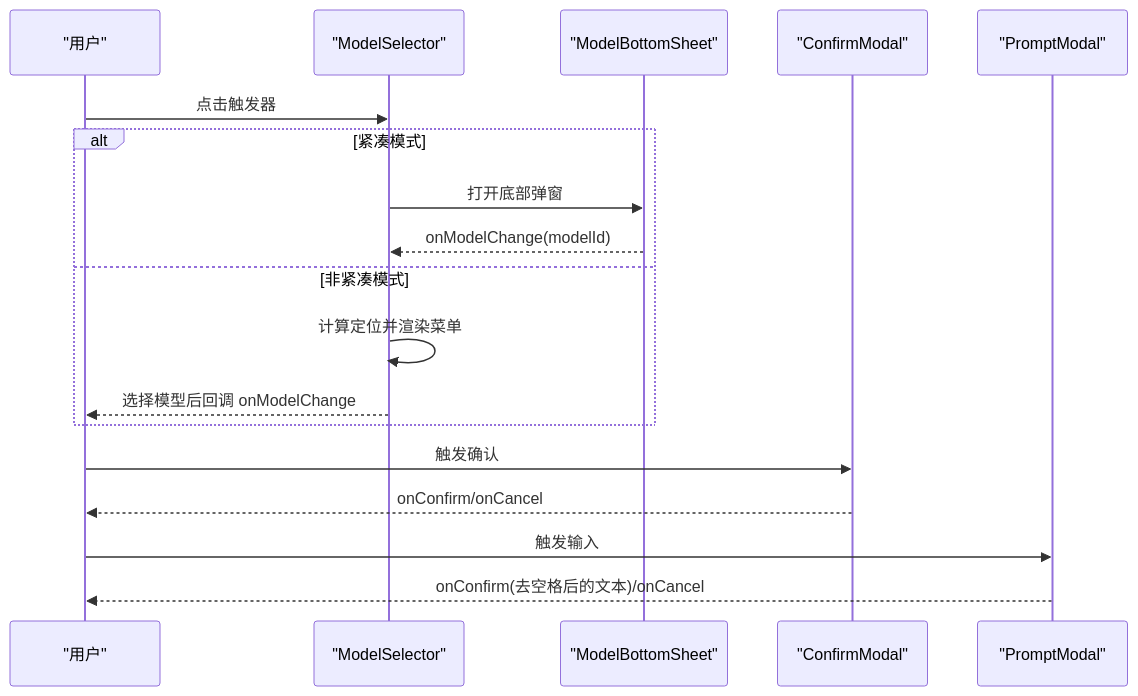
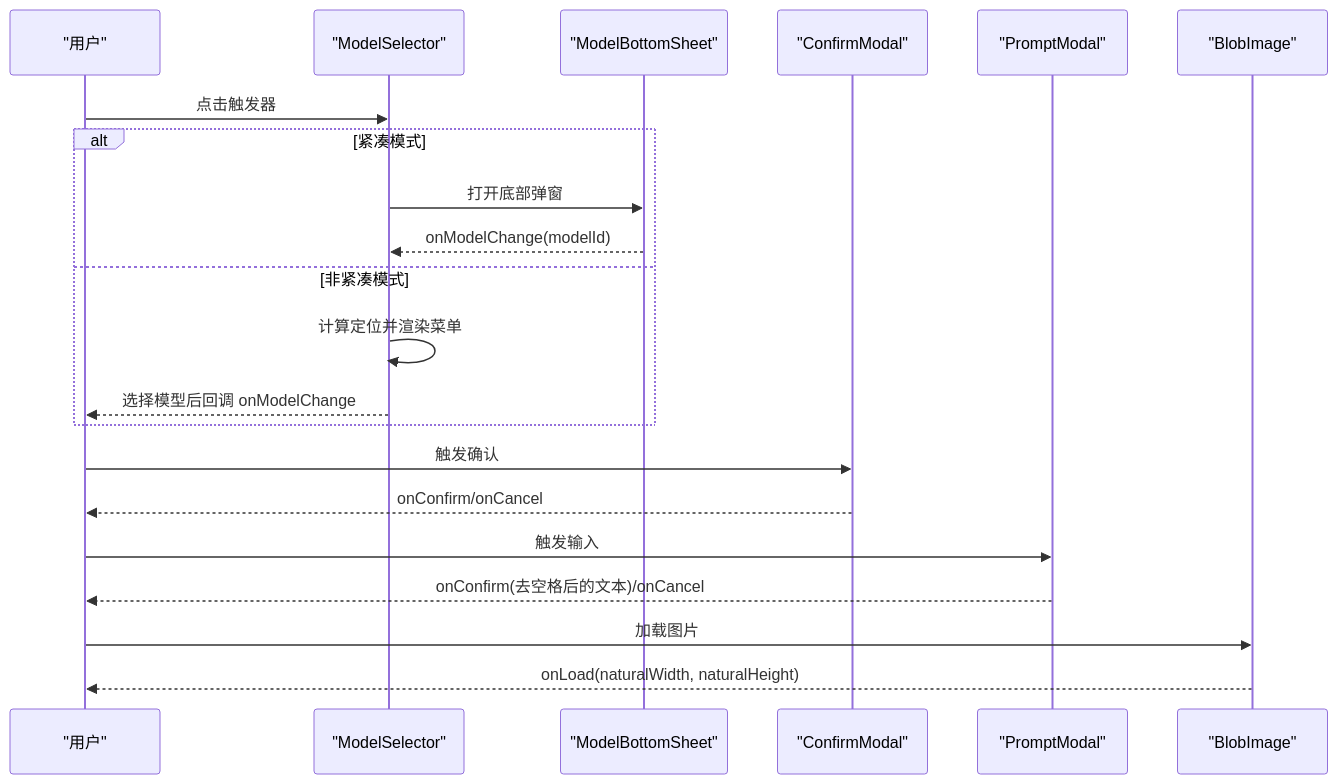
The second of 3 diagrams in .qoder/repowiki/zh/content/架构设计/组件架构设计/通用组件库.md (billye220670/AIShop), drawn with Mermaid before and after one commit. The commit also changed other lines of this file and 30 other files, not shown here.

Commit message:
docs: 同步 repowiki 知识库重组（图片压缩工具与消息渲染模块文档）

````diff
--- a/.qoder/repowiki/zh/content/架构设计/组件架构设计/通用组件库.md
+++ b/.qoder/repowiki/zh/content/架构设计/组件架构设计/通用组件库.md
@@ -81,20 +92,23 @@
 ```mermaid
 sequenceDiagram
 participant U as "用户"
 participant MS as "ModelSelector"
 participant MBS as "ModelBottomSheet"
 participant CM as "ConfirmModal"
 participant PM as "PromptModal"
+participant BI as "BlobImage"
 U->>MS : 点击触发器
 alt 紧凑模式
 MS->>MBS : 打开底部弹窗
 MBS-->>MS : onModelChange(modelId)
 else 非紧凑模式
 MS->>MS : 计算定位并渲染菜单
 MS-->>U : 选择模型后回调 onModelChange
 end
 U->>CM : 触发确认
 CM-->>U : onConfirm/onCancel
 U->>PM : 触发输入
 PM-->>U : onConfirm(去空格后的文本)/onCancel
+U->>BI : 加载图片
+BI-->>U : onLoad(naturalWidth, naturalHeight)
 ```
````
